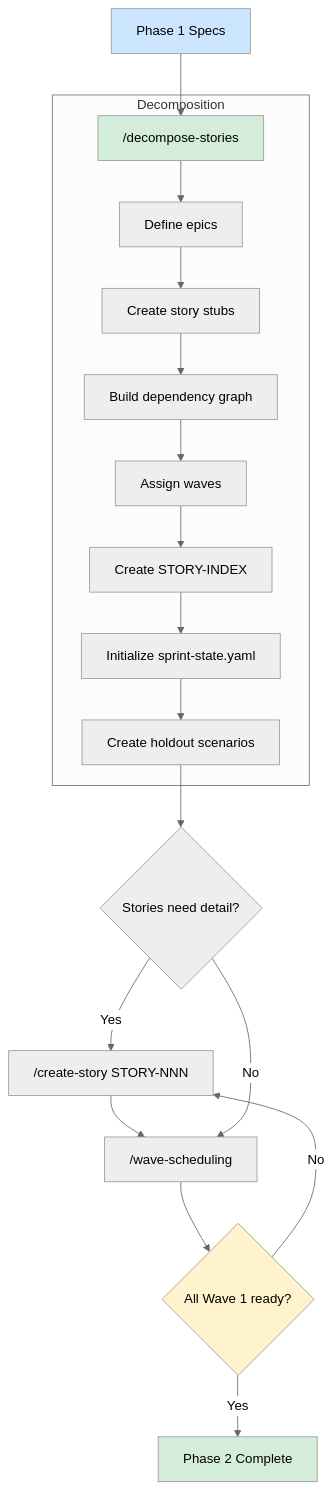
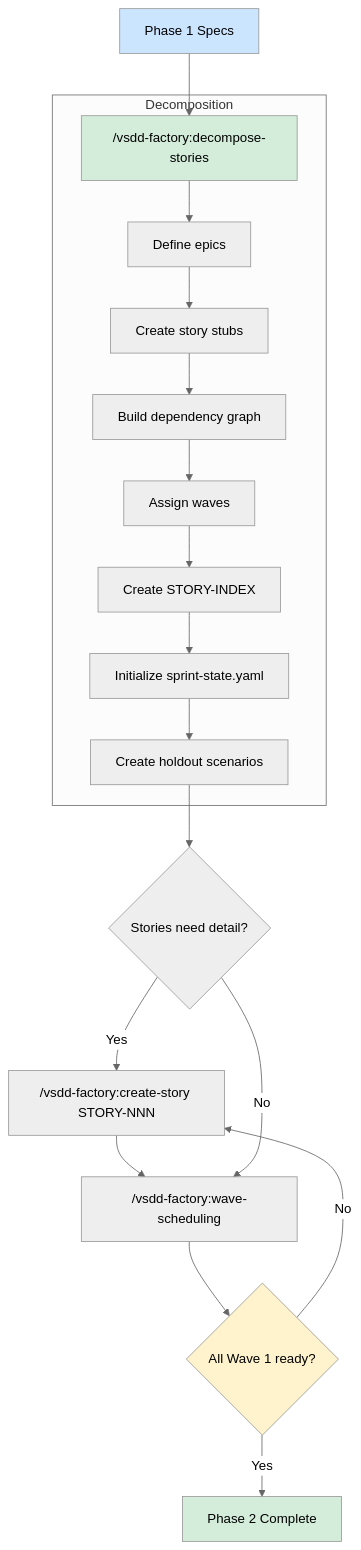
One commit to drbothen/vsdd-factory changed the diagram in docs/guide/phase-2-story-decomposition.md. Above: the diagram before and after it, drawn with Mermaid (neutral theme). The commit also changed other lines of this file and 16 other files, not shown here.

First line of the commit message:
docs: add vsdd-factory: namespace prefix to all command references

````diff
--- a/docs/guide/phase-2-story-decomposition.md
+++ b/docs/guide/phase-2-story-decomposition.md
@@ -15,27 +15,27 @@
 ```mermaid
 graph TD
-    SPECS[Phase 1 Specs] --> DECOMPOSE["/decompose-stories"]
+    SPECS[Phase 1 Specs] --> DECOMPOSE["/vsdd-factory:decompose-stories"]
 
     subgraph "Decomposition"
         DECOMPOSE --> EPICS[Define epics]
         EPICS --> STORIES[Create story stubs]
         STORIES --> DEPS[Build dependency graph]
         DEPS --> WAVES[Assign waves]
         WAVES --> INDEX[Create STORY-INDEX]
         INDEX --> SPRINT[Initialize sprint-state.yaml]
         SPRINT --> HOLDOUT[Create holdout scenarios]
     end
 
     HOLDOUT --> REFINE{Stories need detail?}
-    REFINE -->|Yes| CREATE["/create-story STORY-NNN"]
-    CREATE --> SCHEDULE["/wave-scheduling"]
+    REFINE -->|Yes| CREATE["/vsdd-factory:create-story STORY-NNN"]
+    CREATE --> SCHEDULE["/vsdd-factory:wave-scheduling"]
     REFINE -->|No| SCHEDULE
     SCHEDULE --> GATE{All Wave 1 ready?}
     GATE -->|No| CREATE
     GATE -->|Yes| DONE[Phase 2 Complete]
 
     style SPECS fill:#cce5ff
     style DECOMPOSE fill:#d4edda
     style GATE fill:#fff3cd
     style DONE fill:#d4edda
 ```
````
